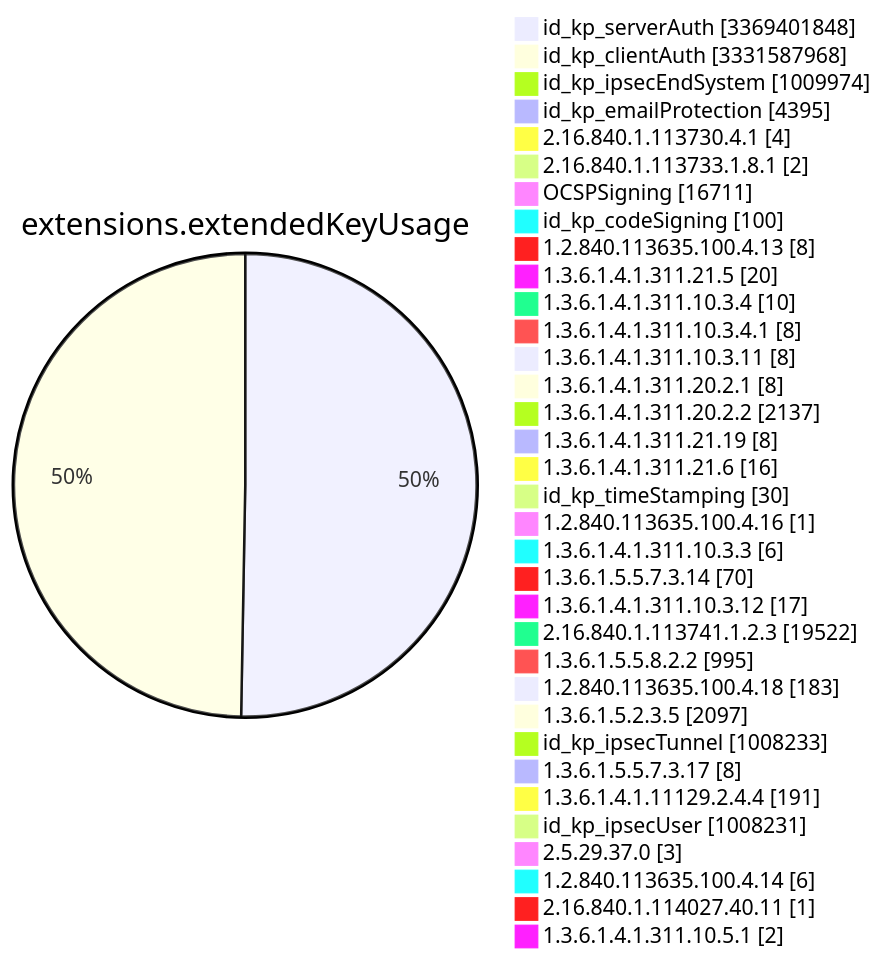
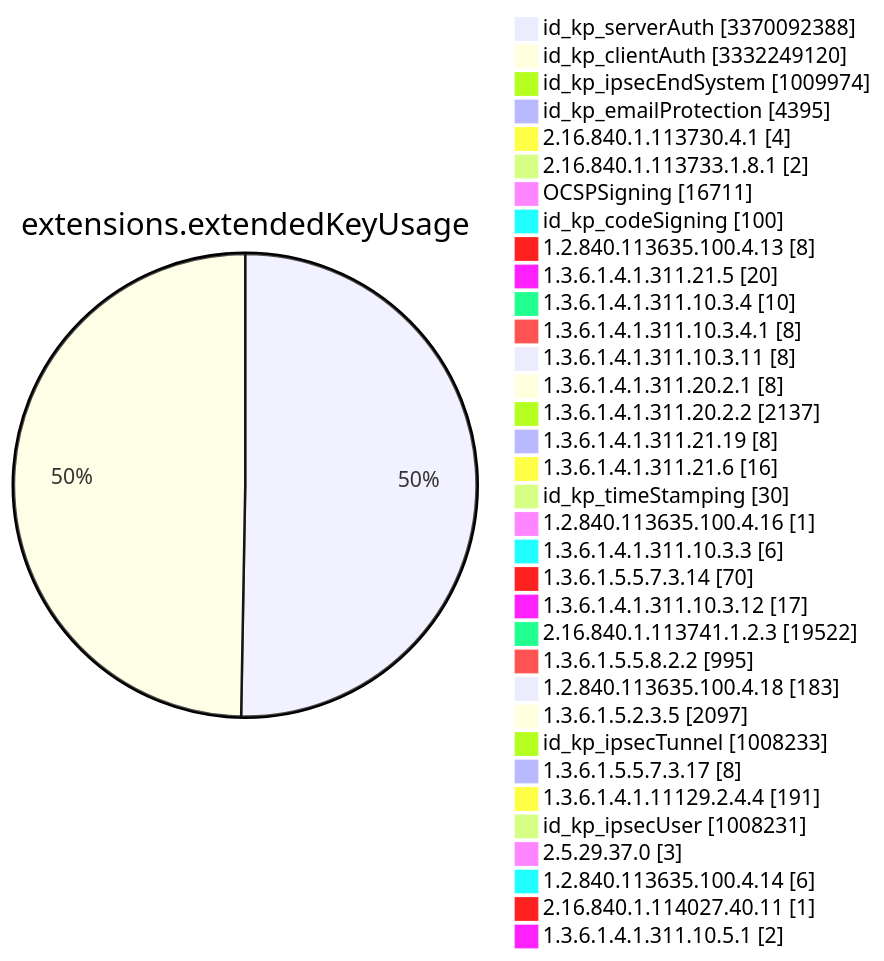
One commit to christiankrug/ctmonitor_visualization changed diagram 11 of 15 in TOTAL/README.md. Above: the diagram before and after it, drawn with Mermaid. The commit also changed other lines of this file, not shown here.

````diff
--- a/TOTAL/README.md
+++ b/TOTAL/README.md
@@ -4120,38 +4120,38 @@
 ```mermaid
 pie showData
 title extensions.extendedKeyUsage
-"id_kp_serverAuth" :3369401848
-"id_kp_clientAuth" :3331587968
+"id_kp_serverAuth" :3370092388
+"id_kp_clientAuth" :3332249120
 "id_kp_ipsecEndSystem" :1009974
 "id_kp_emailProtection" :4395
 "2.16.840.1.113730.4.1" :4
 "2.16.840.1.113733.1.8.1" :2
 "OCSPSigning" :16711
 "id_kp_codeSigning" :100
 "1.2.840.113635.100.4.13" :8
 "1.3.6.1.4.1.311.21.5" :20
 "1.3.6.1.4.1.311.10.3.4" :10
 "1.3.6.1.4.1.311.10.3.4.1" :8
 "1.3.6.1.4.1.311.10.3.11" :8
 "1.3.6.1.4.1.311.20.2.1" :8
 "1.3.6.1.4.1.311.20.2.2" :2137
 "1.3.6.1.4.1.311.21.19" :8
 "1.3.6.1.4.1.311.21.6" :16
 "id_kp_timeStamping" :30
 "1.2.840.113635.100.4.16" :1
 "1.3.6.1.4.1.311.10.3.3" :6
 "1.3.6.1.5.5.7.3.14" :70
 "1.3.6.1.4.1.311.10.3.12" :17
 "2.16.840.1.113741.1.2.3" :19522
 "1.3.6.1.5.5.8.2.2" :995
 "1.2.840.113635.100.4.18" :183
 "1.3.6.1.5.2.3.5" :2097
 "id_kp_ipsecTunnel" :1008233
 "1.3.6.1.5.5.7.3.17" :8
 "1.3.6.1.4.1.11129.2.4.4" :191
 "id_kp_ipsecUser" :1008231
 "2.5.29.37.0" :3
 "1.2.840.113635.100.4.14" :6
 "2.16.840.1.114027.40.11" :1
 "1.3.6.1.4.1.311.10.5.1" :2
 ```
````
